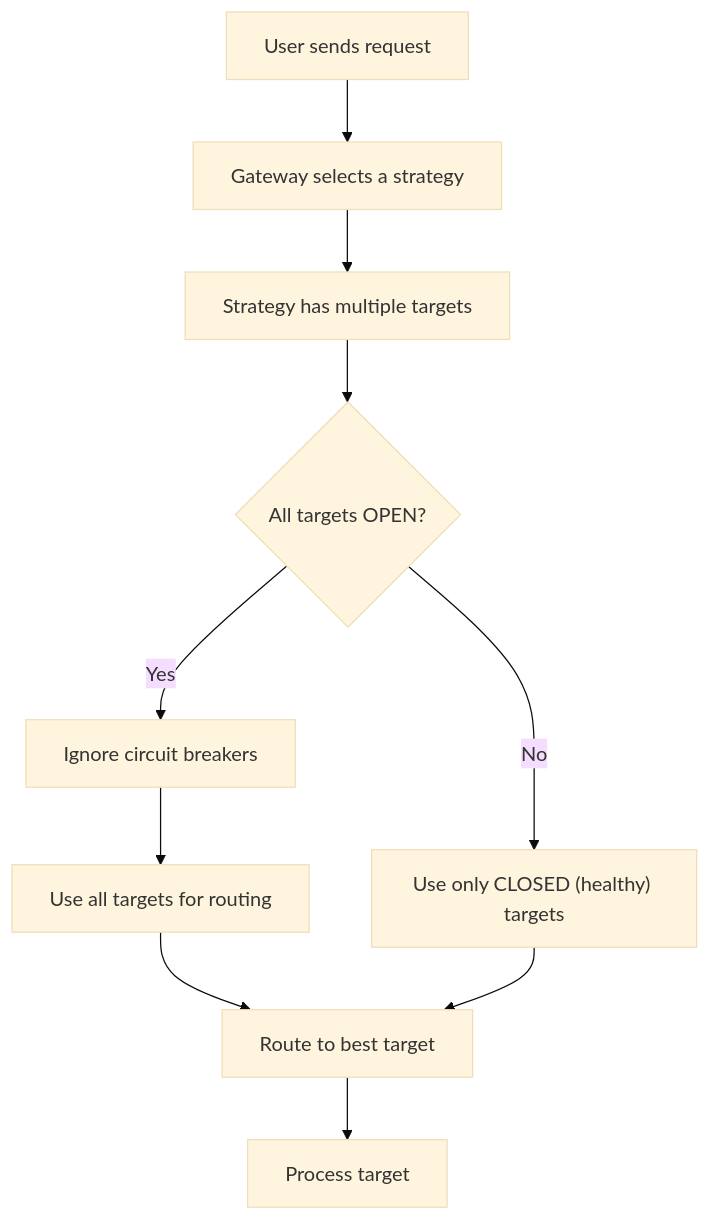
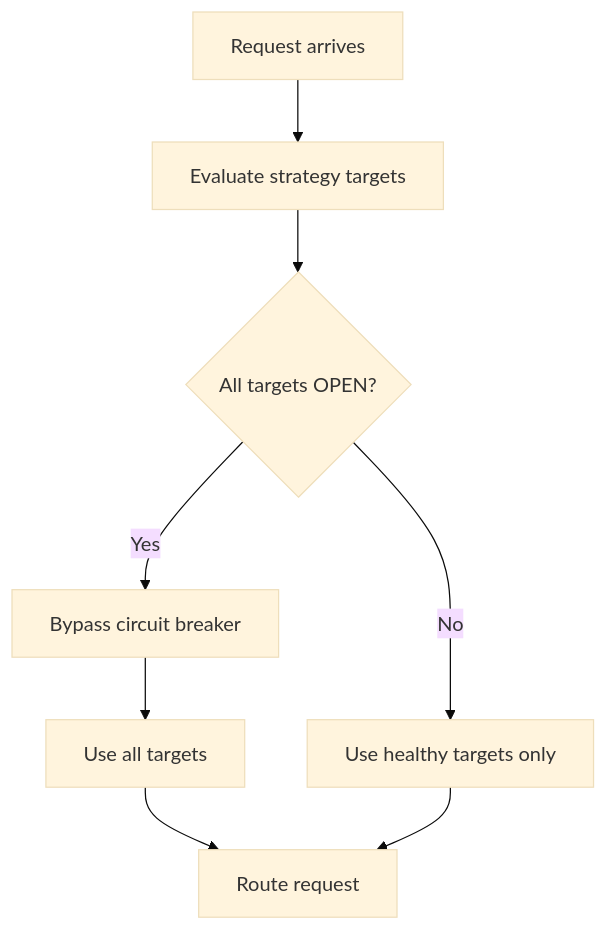
Before and after one commit to Portkey-AI/docs-core: the diagram in product/ai-gateway/circuit-breaker.mdx, drawn with Mermaid (base theme). The commit also changed other lines of this file and 5 other files, not shown here.

````diff
--- a/product/ai-gateway/circuit-breaker.mdx
+++ b/product/ai-gateway/circuit-breaker.mdx
@@ -79,12 +70,10 @@
 ```mermaid
 flowchart TD
-    A[User sends request] --> B[Gateway selects a strategy]
-    B --> C[Strategy has multiple targets]
-    C --> D{All targets OPEN?}
-    D -->|Yes| E[Ignore circuit breakers]
-    E --> F[Use all targets for routing]
-    D -->|No| G["Use only CLOSED (healthy) targets"]
-    F --> H[Route to best target]
-    G --> H
-    H --> I[Process target]
+    A[Request arrives] --> B[Evaluate strategy targets]
+    B --> C{All targets OPEN?}
+    C -->|Yes| D[Bypass circuit breaker]
+    D --> E[Use all targets]
+    C -->|No| F[Use healthy targets only]
+    E --> G[Route request]
+    F --> G
 ```
````
